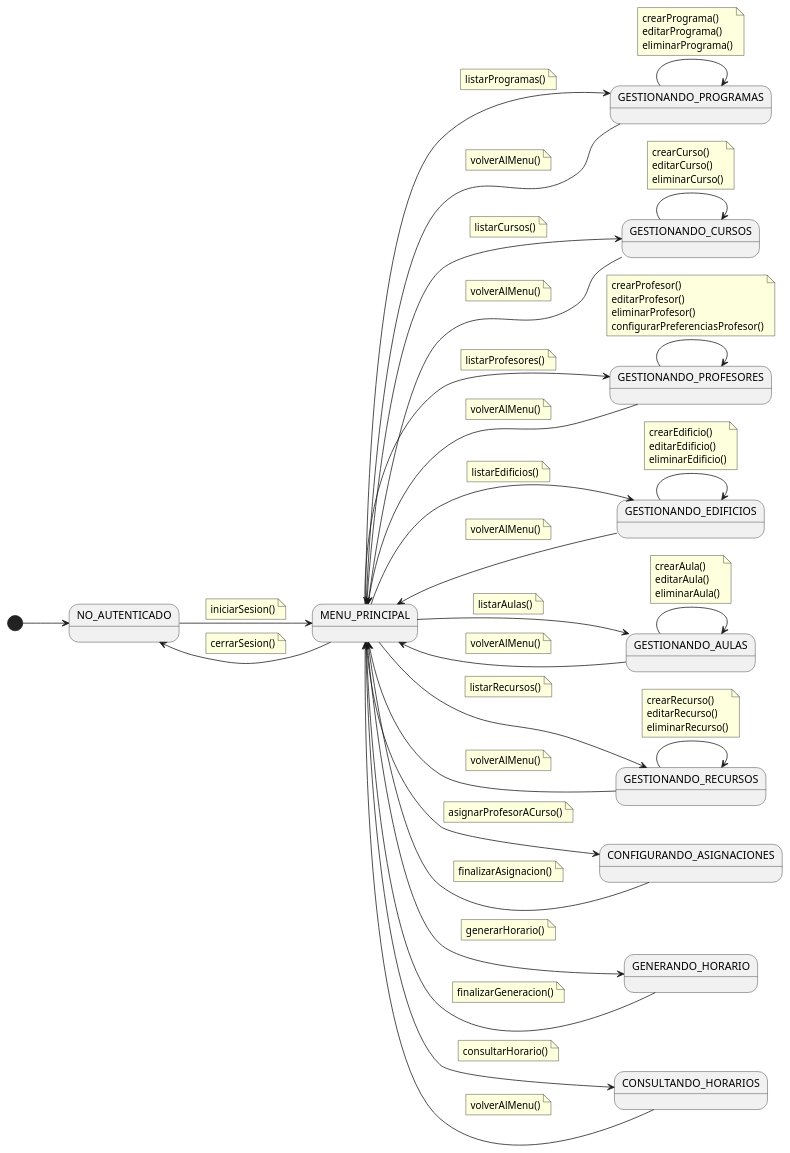
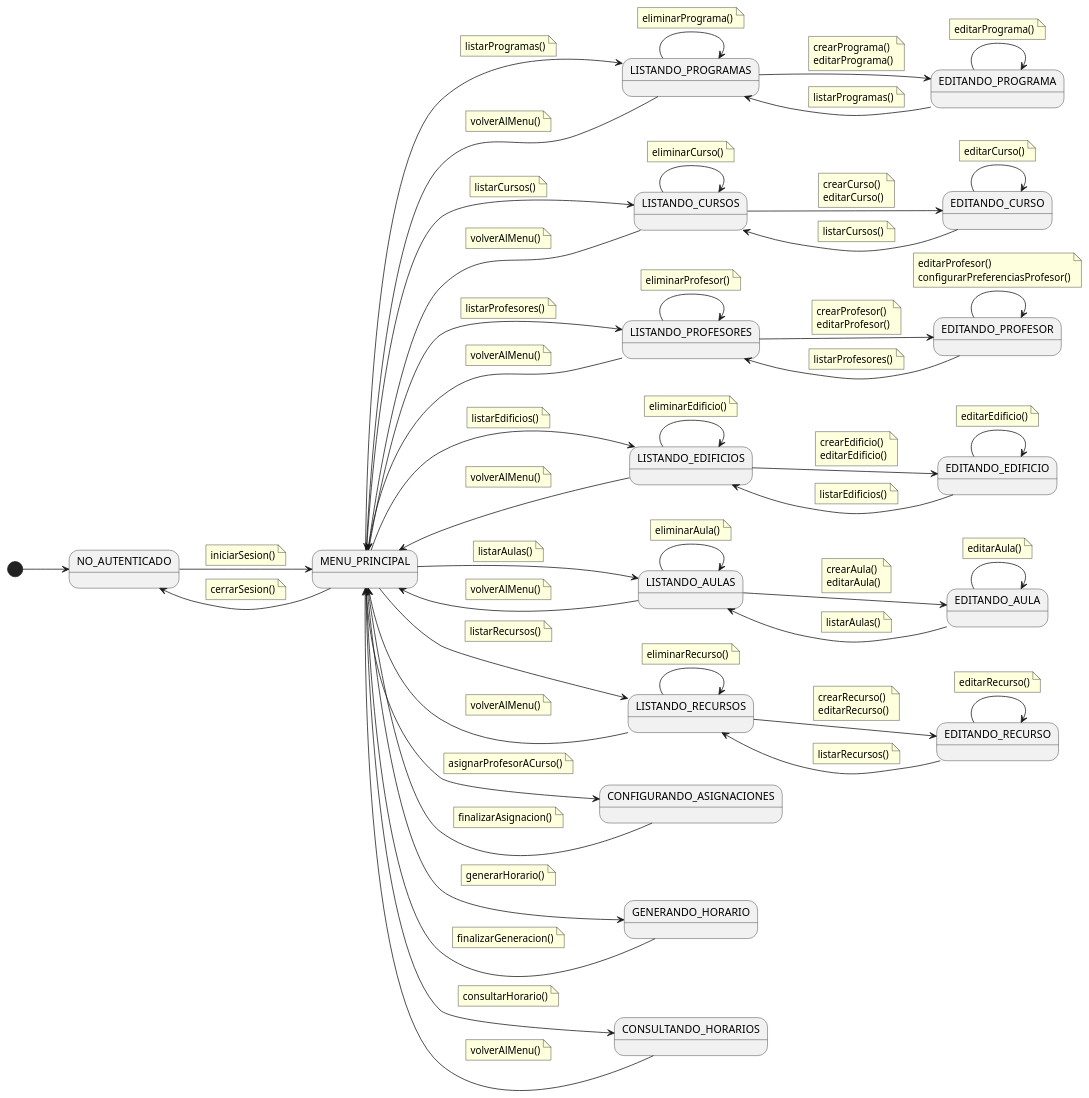
The diagram in 01-Inception/diagrama-contexto/diagrama-contexto-administrador.puml (Hexcss/scheduler), drawn with PlantUML before and after one commit. The commit also changed 1 other file, not shown here.

Commit message:
feat: actualizar diagrama de contexto del administrador con estados granulares

```diff
--- a/01-Inception/diagrama-contexto/diagrama-contexto-administrador.puml
+++ b/01-Inception/diagrama-contexto/diagrama-contexto-administrador.puml
@@ -4,12 +4,20 @@
 
 state "NO_AUTENTICADO" as NoAuth
 state "MENU_PRINCIPAL" as Menu
-state "GESTIONANDO_PROGRAMAS" as Programas
-state "GESTIONANDO_CURSOS" as Cursos
-state "GESTIONANDO_PROFESORES" as Profesores
-state "GESTIONANDO_EDIFICIOS" as Edificios
-state "GESTIONANDO_AULAS" as Aulas
-state "GESTIONANDO_RECURSOS" as Recursos
+
+state "LISTANDO_PROGRAMAS" as ListProgramas
+state "EDITANDO_PROGRAMA" as EditPrograma
+state "LISTANDO_CURSOS" as ListCursos
+state "EDITANDO_CURSO" as EditCurso
+state "LISTANDO_PROFESORES" as ListProfesores
+state "EDITANDO_PROFESOR" as EditProfesor
+state "LISTANDO_EDIFICIOS" as ListEdificios
+state "EDITANDO_EDIFICIO" as EditEdificio
+state "LISTANDO_AULAS" as ListAulas
+state "EDITANDO_AULA" as EditAula
+state "LISTANDO_RECURSOS" as ListRecursos
+state "EDITANDO_RECURSO" as EditRecurso
+
 state "CONFIGURANDO_ASIGNACIONES" as Asignaciones
 state "GENERANDO_HORARIO" as Generacion
 state "CONSULTANDO_HORARIOS" as Consulta
@@ -26,32 +34,32 @@
         cerrarSesion()
     end note
 
-Menu --> Programas
+Menu --> ListProgramas
     note on link
         listarProgramas()
     end note
 
-Menu --> Cursos
+Menu --> ListCursos
     note on link
         listarCursos()
     end note
 
-Menu --> Profesores
+Menu --> ListProfesores
     note on link
         listarProfesores()
     end note
 
-Menu --> Edificios
+Menu --> ListEdificios
     note on link
         listarEdificios()
     end note
 
-Menu --> Aulas
+Menu --> ListAulas
     note on link
         listarAulas()
     end note
 
-Menu --> Recursos
+Menu --> ListRecursos
     note on link
         listarRecursos()
     end note
@@ -71,75 +79,159 @@
         consultarHorario()
     end note
 
-Programas --> Programas
+ListProgramas --> EditPrograma
     note on link
         crearPrograma()
         editarPrograma()
+    end note
+
+ListProgramas --> ListProgramas
+    note on link
         eliminarPrograma()
     end note
 
-Programas --> Menu
+EditPrograma --> EditPrograma
+    note on link
+        editarPrograma()
+    end note
+
+EditPrograma --> ListProgramas
+    note on link
+        listarProgramas()
+    end note
+
+ListCursos --> EditCurso
+    note on link
+        crearCurso()
+        editarCurso()
+    end note
+
+ListCursos --> ListCursos
+    note on link
+        eliminarCurso()
+    end note
+
+EditCurso --> EditCurso
+    note on link
+        editarCurso()
+    end note
+
+EditCurso --> ListCursos
+    note on link
+        listarCursos()
+    end note
+
+ListProfesores --> EditProfesor
+    note on link
+        crearProfesor()
+        editarProfesor()
+    end note
+
+ListProfesores --> ListProfesores
+    note on link
+        eliminarProfesor()
+    end note
+
+EditProfesor --> EditProfesor
+    note on link
+        editarProfesor()
+        configurarPreferenciasProfesor()
+    end note
+
+EditProfesor --> ListProfesores
+    note on link
+        listarProfesores()
+    end note
+
+ListEdificios --> EditEdificio
+    note on link
+        crearEdificio()
+        editarEdificio()
+    end note
+
+ListEdificios --> ListEdificios
+    note on link
+        eliminarEdificio()
+    end note
+
+EditEdificio --> EditEdificio
+    note on link
+        editarEdificio()
+    end note
+
+EditEdificio --> ListEdificios
+    note on link
+        listarEdificios()
+    end note
+
+ListAulas --> EditAula
+    note on link
+        crearAula()
+        editarAula()
+    end note
+
+ListAulas --> ListAulas
+    note on link
+        eliminarAula()
+    end note
+
+EditAula --> EditAula
+    note on link
+        editarAula()
+    end note
+
+EditAula --> ListAulas
+    note on link
+        listarAulas()
+    end note
+
+ListRecursos --> EditRecurso
+    note on link
+        crearRecurso()
+        editarRecurso()
+    end note
+
+ListRecursos --> ListRecursos
+    note on link
+        eliminarRecurso()
+    end note
+
+EditRecurso --> EditRecurso
+    note on link
+        editarRecurso()
+    end note
+
+EditRecurso --> ListRecursos
+    note on link
+        listarRecursos()
+    end note
+
+ListProgramas --> Menu
     note on link
         volverAlMenu()
     end note
 
-Cursos --> Cursos
-    note on link
-        crearCurso()
-        editarCurso()
-        eliminarCurso()
-    end note
-
-Cursos --> Menu
+ListCursos --> Menu
     note on link
         volverAlMenu()
     end note
 
-Profesores --> Profesores
-    note on link
-        crearProfesor()
-        editarProfesor()
-        eliminarProfesor()
-        configurarPreferenciasProfesor()
-    end note
-
-Profesores --> Menu
+ListProfesores --> Menu
     note on link
         volverAlMenu()
     end note
 
-Edificios --> Edificios
-    note on link
-        crearEdificio()
-        editarEdificio()
-        eliminarEdificio()
-    end note
-
-Edificios --> Menu
+ListEdificios --> Menu
     note on link
         volverAlMenu()
     end note
 
-Aulas --> Aulas
-    note on link
-        crearAula()
-        editarAula()
-        eliminarAula()
-    end note
-
-Aulas --> Menu
+ListAulas --> Menu
     note on link
         volverAlMenu()
     end note
 
-Recursos --> Recursos
-    note on link
-        crearRecurso()
-        editarRecurso()
-        eliminarRecurso()
-    end note
-
-Recursos --> Menu
+ListRecursos --> Menu
     note on link
         volverAlMenu()
     end note
```
